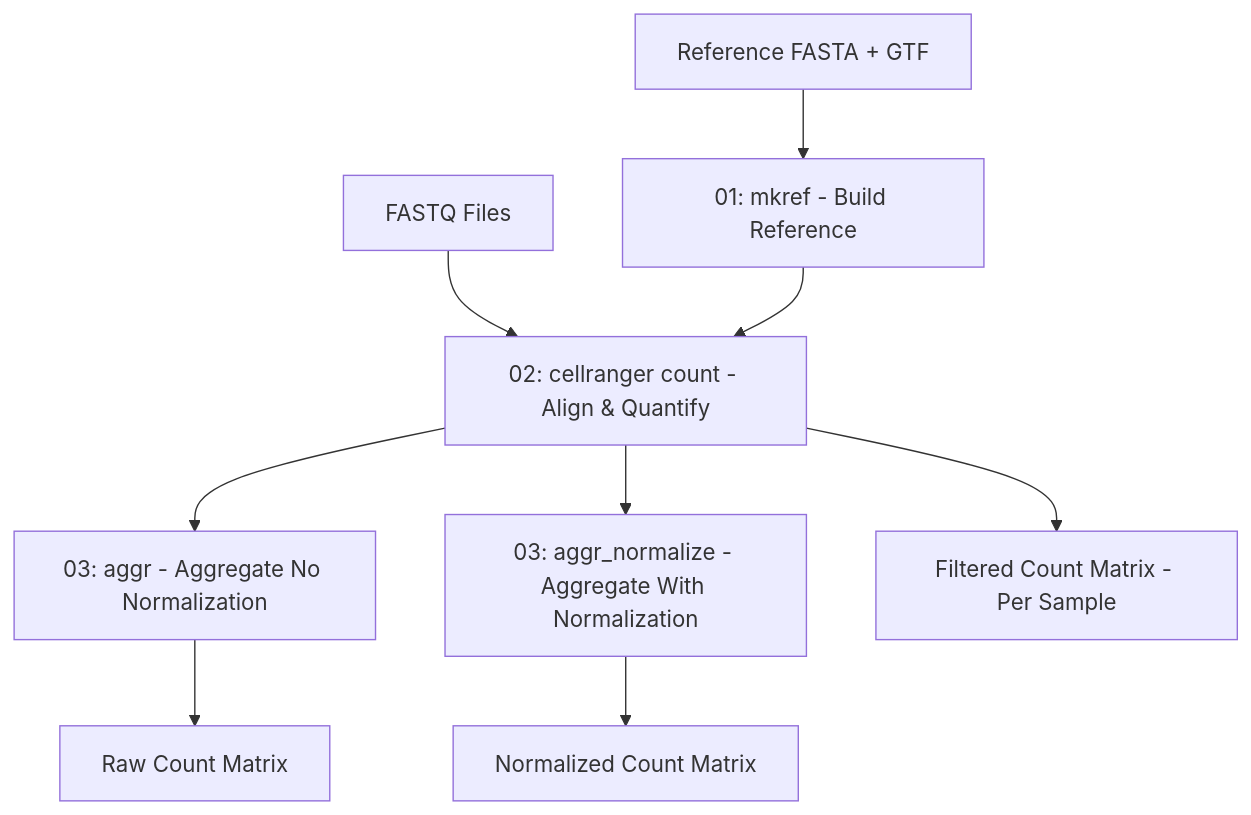
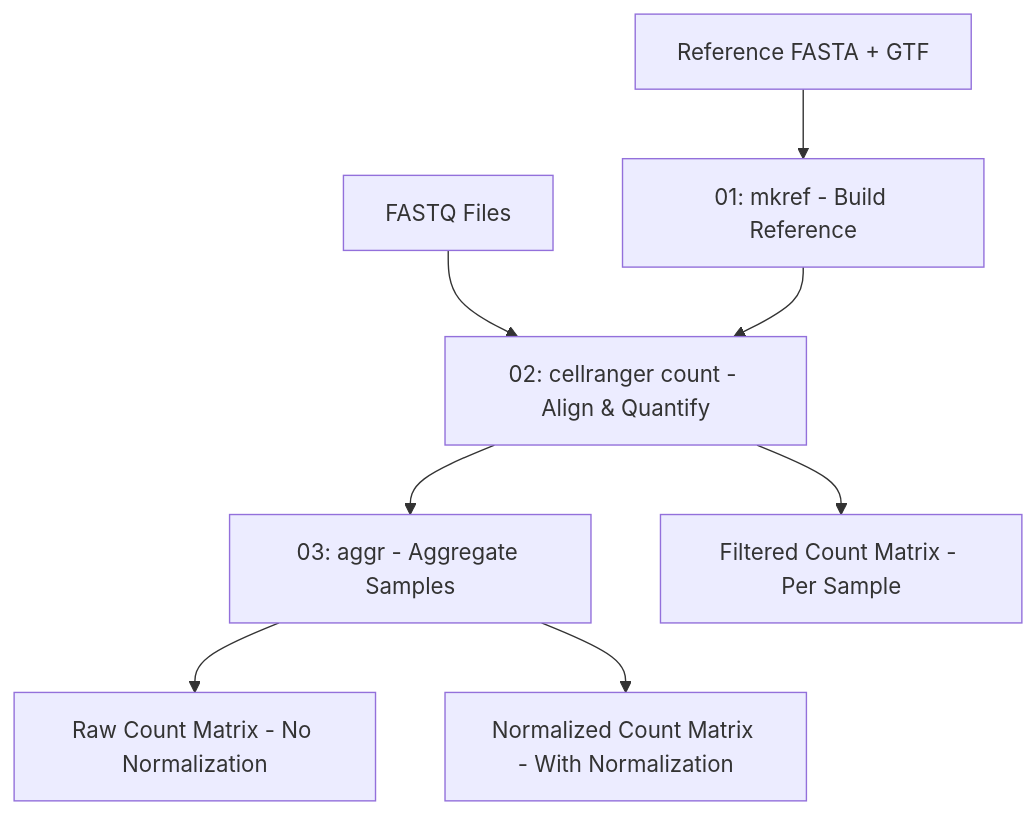
The diagram in scripts/cellranger/README.md (ehda-dolatabadi/BINF7700_Capstone), drawn with Mermaid before and after one commit. The commit also changed other lines of this file and 7 other files, not shown here.

````diff
--- a/scripts/cellranger/README.md
+++ b/scripts/cellranger/README.md
@@ -120,11 +119,10 @@
 ```mermaid
 graph TD
     A[Reference FASTA + GTF] --> B[01: mkref - Build Reference]
     C[FASTQ Files] --> D[02: cellranger count - Align & Quantify]
     B --> D
-    D --> E[03: aggr - Aggregate No Normalization]
-    D --> F[03: aggr_normalize - Aggregate With Normalization]
+    D --> E[03: aggr - Aggregate Samples]
     D --> I[Filtered Count Matrix - Per Sample]
-    E --> G[Raw Count Matrix]
-    F --> H[Normalized Count Matrix]
+    E --> G[Raw Count Matrix - No Normalization]
+    E --> H[Normalized Count Matrix - With Normalization]
 ```
````
